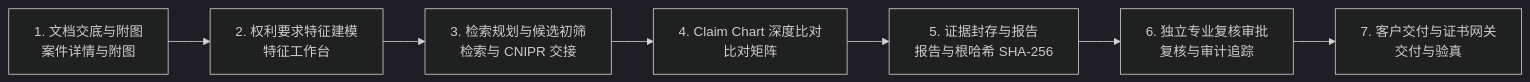
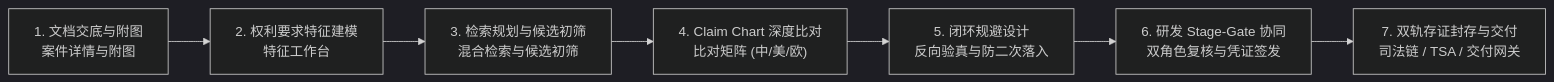
One commit to corlin/PatentEvidence changed the diagram in README.zh.md. Above: the diagram before and after it, drawn with Mermaid (dark theme). The commit also changed other lines of this file and 3 other files, not shown here.

````diff
--- a/README.zh.md
+++ b/README.zh.md
@@ -11,9 +20,9 @@
 ```mermaid
 graph LR
     A["1. 文档交底与附图<br/>案件详情与附图"] --> B["2. 权利要求特征建模<br/>特征工作台"]
-    B --> C["3. 检索规划与候选初筛<br/>检索与 CNIPR 交接"]
-    C --> D["4. Claim Chart 深度比对<br/>比对矩阵"]
-    D --> E["5. 证据封存与报告<br/>报告与根哈希 SHA-256"]
-    E --> F["6. 独立专业复核审批<br/>复核与审计追踪"]
-    F --> G["7. 客户交付与证书网关<br/>交付与验真"]
+    B --> C["3. 检索规划与候选初筛<br/>混合检索与候选初筛"]
+    C --> D["4. Claim Chart 深度比对<br/>比对矩阵 (中/美/欧)"]
+    D --> E["5. 闭环规避设计<br/>反向验真与防二次落入"]
+    E --> F["6. 研发 Stage-Gate 协同<br/>双角色复核与凭证签发"]
+    F --> G["7. 双轨存证封存与交付<br/>司法链 / TSA / 交付网关"]
 ```
````
